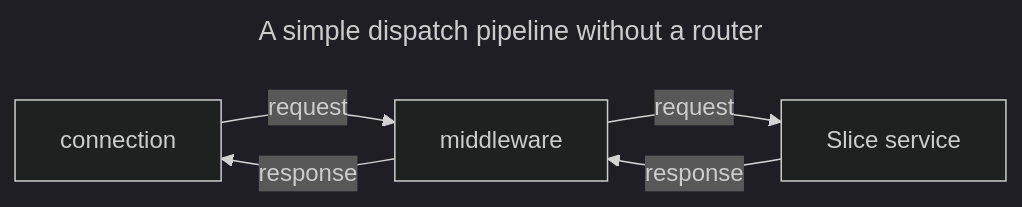
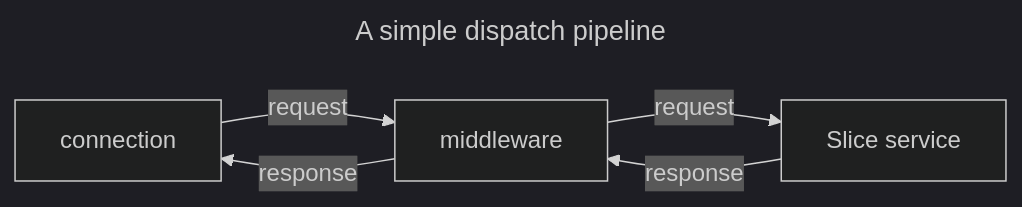
Before and after one commit to icerpc/icerpc-docs: the diagram in pages/icerpc/dispatch/dispatch-pipeline.md, drawn with Mermaid (dark theme). The commit also changed other lines of this file and 4 other files, not shown here.

````diff
--- a/pages/icerpc/dispatch/dispatch-pipeline.md
+++ b/pages/icerpc/dispatch/dispatch-pipeline.md
@@ -83,8 +83,8 @@
 ```mermaid
 ---
-title: A simple dispatch pipeline without a router
+title: A simple dispatch pipeline
 ---
 flowchart LR
     connection -- request --> middleware -- request --> service[Slice service]
     service -- response --> middleware -- response --> connection
 ```
````
